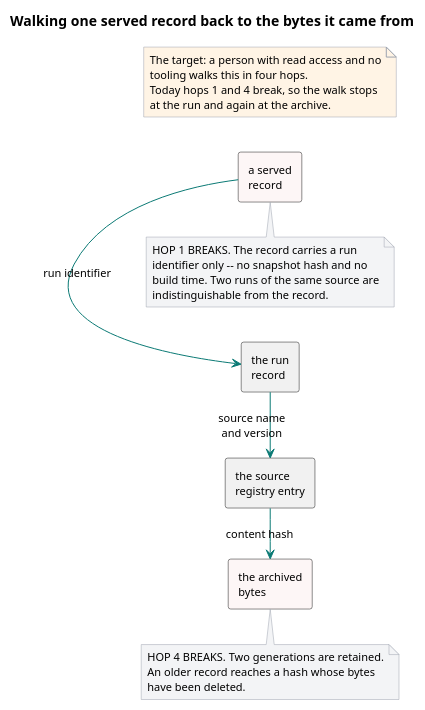
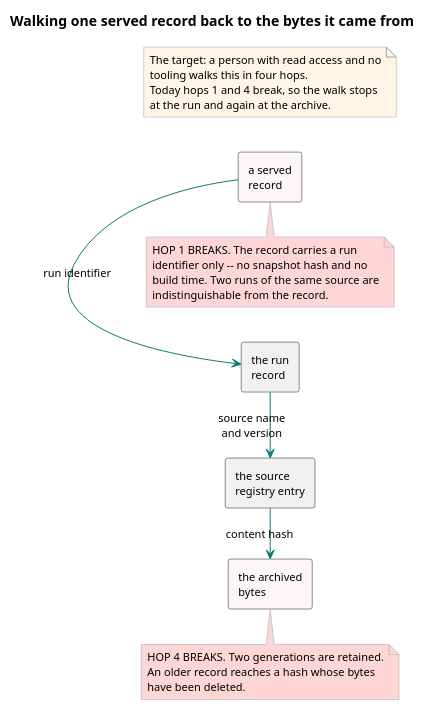
The diagram in brain/machine_artifacts/diagramsAndImages/sources/pipe_provenance_chain.puml (SkipSnow/ChatHealthyRepo), drawn with PlantUML before and after one commit. The commit also changed 125 other files, not shown here.

```diff
--- a/brain/machine_artifacts/diagramsAndImages/sources/pipe_provenance_chain.puml
+++ b/brain/machine_artifacts/diagramsAndImages/sources/pipe_provenance_chain.puml
@@ -1,42 +1,42 @@
 @startuml
 skinparam shadowing false
 skinparam defaultFontName Segoe UI
 skinparam defaultFontSize 11
 skinparam ArrowColor #0b7a75
 skinparam ComponentBorderColor #0b7a75
 skinparam NoteBackgroundColor #f3f4f6
 skinparam NoteBorderColor #9ca3af
 
 title Walking one served record back to the bytes it came from
 
 left to right direction
 
 rectangle "a served\nrecord" as R #fdf6f6
 rectangle "the run\nrecord" as RUN
 rectangle "the source\nregistry entry" as REG
 rectangle "the archived\nbytes" as BYTES #fdf6f6
 
 R -right-> RUN : run identifier
 RUN -right-> REG : source name\nand version
 REG -right-> BYTES : content hash
 
-note bottom of R
+note bottom of R #ffd6d6
   HOP 1 BREAKS. The record carries a run
   identifier only -- no snapshot hash and no
   build time. Two runs of the same source are
   indistinguishable from the record.
 end note
 
-note bottom of BYTES
+note bottom of BYTES #ffd6d6
   HOP 4 BREAKS. Two generations are retained.
   An older record reaches a hash whose bytes
   have been deleted.
 end note
 
 note as GOAL #fff4e5
   The target: a person with read access and no
   tooling walks this in four hops.
   Today hops 1 and 4 break, so the walk stops
   at the run and again at the archive.
 end note
 @enduml
```
